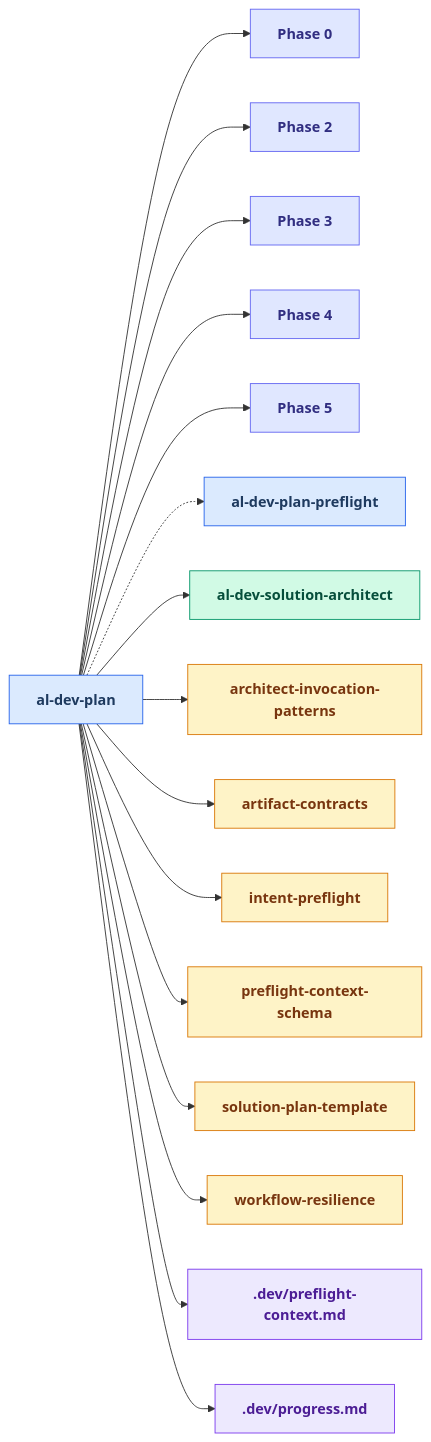
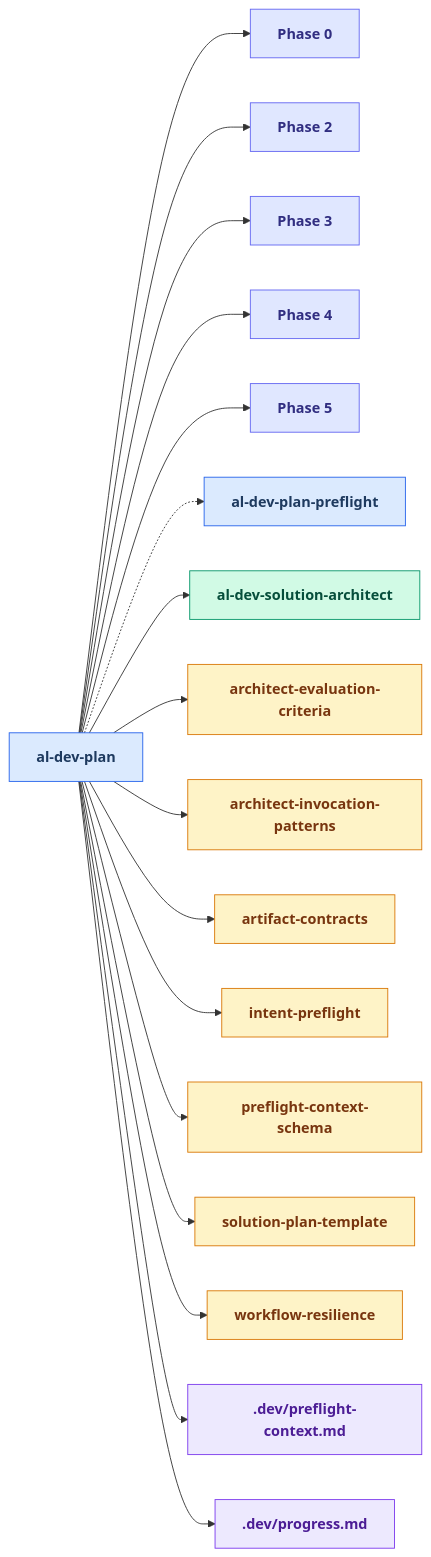
Before and after one commit to russell-laing/al-dev-shared: the sixth of 24 diagrams in docs/al-dev-skills-map.md, drawn with Mermaid. The commit also changed other lines of this file and 5 other files, not shown here.

````diff
--- a/docs/al-dev-skills-map.md
+++ b/docs/al-dev-skills-map.md
@@ -316,58 +313,61 @@
 ```mermaid
 flowchart LR
     classDef skillNode fill:#dbeafe,stroke:#2563eb,color:#1e3a5f,font-weight:bold
     classDef agentNode fill:#d1fae5,stroke:#059669,color:#064e3b,font-weight:bold
     classDef knowledgeNode fill:#fef3c7,stroke:#d97706,color:#78350f,font-weight:bold
     classDef artifactNode fill:#ede9fe,stroke:#7c3aed,color:#4c1d95,font-weight:bold
     classDef phaseNode fill:#e0e7ff,stroke:#6366f1,color:#312e81,font-weight:bold
 
     skill_al_dev_plan[al-dev-plan]
     Phase0["Phase 0"]
     Phase2["Phase 2"]
     Phase3["Phase 3"]
     Phase4["Phase 4"]
     Phase5["Phase 5"]
     skill_al_dev_plan_preflight[al-dev-plan-preflight]
     agent_al_dev_solution_architect[al-dev-solution-architect]
+    knowledge_architect_evaluation_criteria_md[architect-evaluation-criteria]
     knowledge_architect_invocation_patterns_md[architect-invocation-patterns]
     knowledge_artifact_contracts_md[artifact-contracts]
     knowledge_intent_preflight_md[intent-preflight]
     knowledge_preflight_context_schema_md[preflight-context-schema]
     knowledge_solution_plan_template_md[solution-plan-template]
     knowledge_workflow_resilience_md[workflow-resilience]
     artifact_preflight_context_md[.dev/preflight-context.md]
     artifact_progress_md[.dev/progress.md]
 
     skill_al_dev_plan --> Phase0
     skill_al_dev_plan --> Phase2
     skill_al_dev_plan --> Phase3
     skill_al_dev_plan --> Phase4
     skill_al_dev_plan --> Phase5
     skill_al_dev_plan -.-> skill_al_dev_plan_preflight
     skill_al_dev_plan --> agent_al_dev_solution_architect
+    skill_al_dev_plan --> knowledge_architect_evaluation_criteria_md
     skill_al_dev_plan --> knowledge_architect_invocation_patterns_md
     skill_al_dev_plan --> knowledge_artifact_contracts_md
     skill_al_dev_plan --> knowledge_intent_preflight_md
     skill_al_dev_plan --> knowledge_preflight_context_schema_md
     skill_al_dev_plan --> knowledge_solution_plan_template_md
     skill_al_dev_plan --> knowledge_workflow_resilience_md
     skill_al_dev_plan --> artifact_preflight_context_md
     skill_al_dev_plan --> artifact_progress_md
 
     class skill_al_dev_plan skillNode
     class Phase0 phaseNode
     class Phase2 phaseNode
     class Phase3 phaseNode
     class Phase4 phaseNode
     class Phase5 phaseNode
     class skill_al_dev_plan_preflight skillNode
     class agent_al_dev_solution_architect agentNode
+    class knowledge_architect_evaluation_criteria_md knowledgeNode
     class knowledge_architect_invocation_patterns_md knowledgeNode
     class knowledge_artifact_contracts_md knowledgeNode
     class knowledge_intent_preflight_md knowledgeNode
     class knowledge_preflight_context_schema_md knowledgeNode
     class knowledge_solution_plan_template_md knowledgeNode
     class knowledge_workflow_resilience_md knowledgeNode
     class artifact_preflight_context_md artifactNode
     class artifact_progress_md artifactNode
 ```
````
